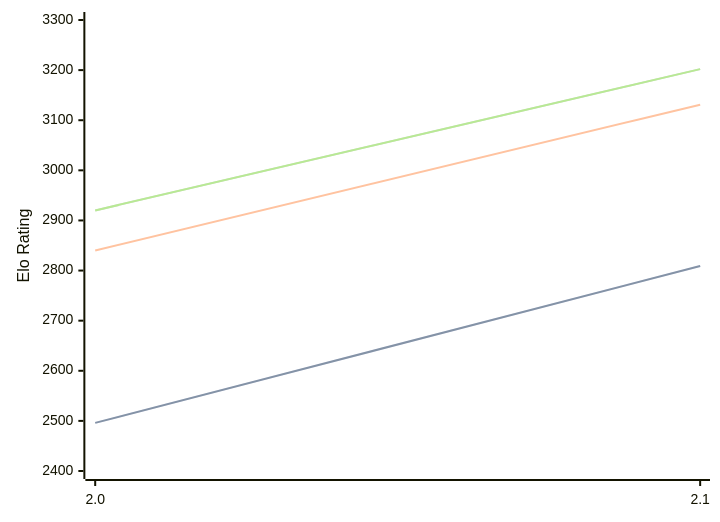
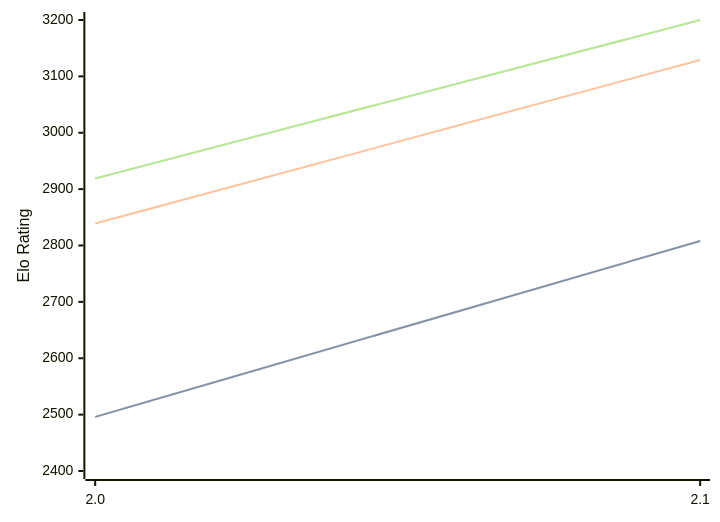
Before and after one commit to computer-chess-index/cci: the third of 3 diagrams in engines/Tunguska.md, drawn with Mermaid. The commit also changed other lines of this file, not shown here.

Commit message:
Update CCI Ratings (ELO VLTC) - 2026-07-15

````diff
--- a/engines/Tunguska.md
+++ b/engines/Tunguska.md
@@ -65,11 +65,11 @@
 ```mermaid
 %%{init: {"theme":"base","themeVariables":{"seriesColors:['#a3a3a3','#222221','#faa371']}}}%%
 xychart-beta
   x-axis ["2.0", "2.1"]
-  y-axis "Elo Rating" 2400 --> 3300
-  line "STC (8.0+0.08s)" [2496, 2809]
-  line "STC (8.0+0.08s)" [2496, 2809]
-  line "LTC (60.0+0.60s)" [2840, 3131]
-  line "VLTC (2m24s+1.12s)" [2920, 3202]
-  line "VLTC (2m24s+1.12s)" [2920, 3202]
+  y-axis "Elo Rating" 2400 --> 3200
+  line "STC (8.0+0.08s)" [2496, 2808]
+  line "STC (8.0+0.08s)" [2496, 2808]
+  line "LTC (60.0+0.60s)" [2839, 3129]
+  line "VLTC (2m24s+1.12s)" [2919, 3200]
+  line "VLTC (2m24s+1.12s)" [2919, 3200]
 ```
````
